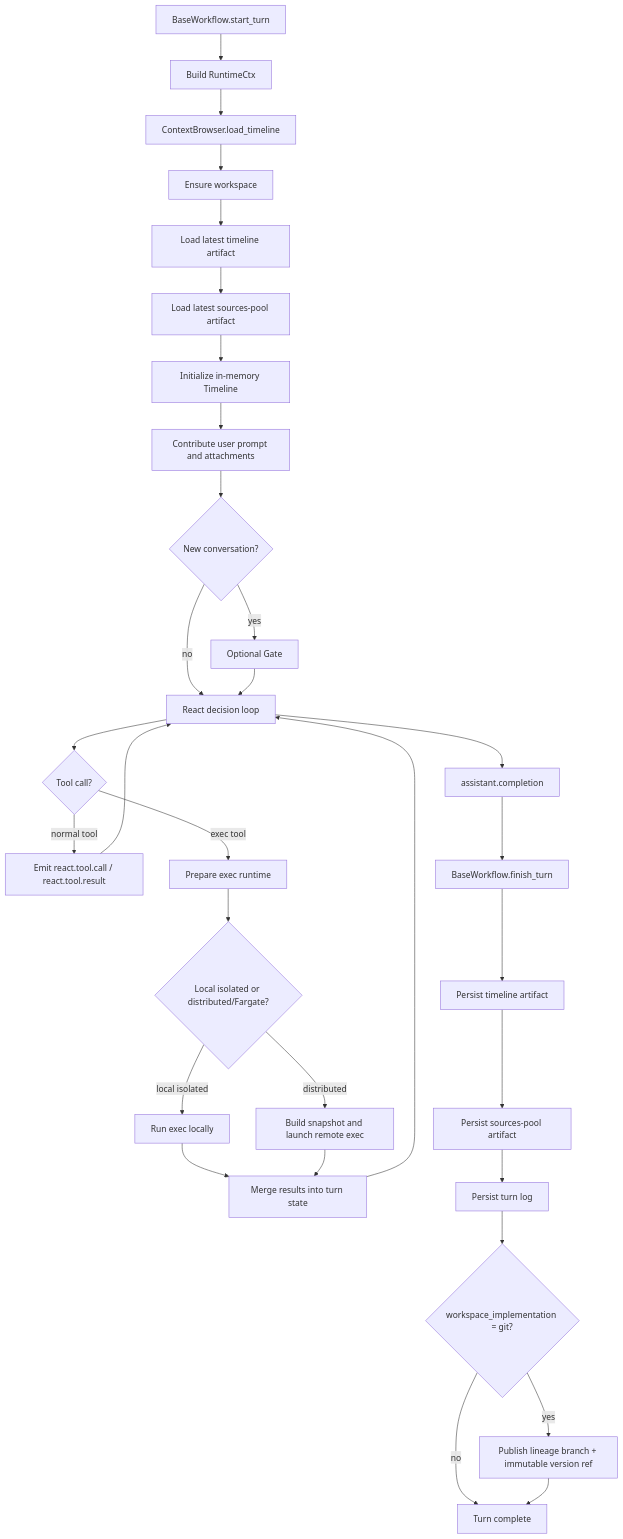
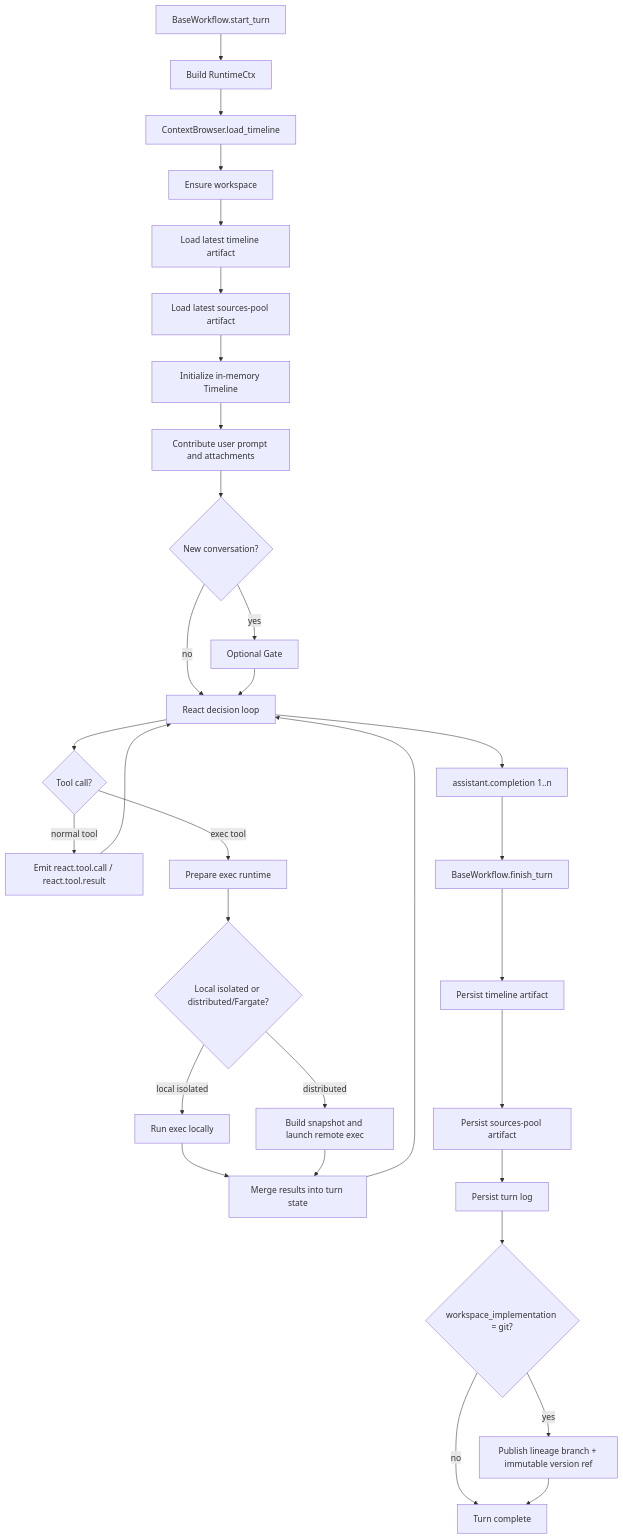
The first of 2 diagrams in app/ai-app/docs/sdk/agents/react/flow-README.md (kdcube/kdcube-ai-app), drawn with Mermaid before and after one commit. The commit also changed other lines of this file and 57 other files, not shown here.

Commit message:
Fix multi-response followup timeline handling

````diff
--- a/app/ai-app/docs/sdk/agents/react/flow-README.md
+++ b/app/ai-app/docs/sdk/agents/react/flow-README.md
@@ -51,33 +51,33 @@
 ```mermaid
 flowchart TD
     A[BaseWorkflow.start_turn] --> B[Build RuntimeCtx]
     B --> C[ContextBrowser.load_timeline]
     C --> D[Ensure workspace]
     D --> E[Load latest timeline artifact]
     E --> F[Load latest sources-pool artifact]
     F --> G[Initialize in-memory Timeline]
     G --> H[Contribute user prompt and attachments]
     H --> I{New conversation?}
     I -->|yes| J[Optional Gate]
     I -->|no| K[React decision loop]
     J --> K
     K --> L{Tool call?}
     L -->|normal tool| M[Emit react.tool.call / react.tool.result]
     L -->|exec tool| N[Prepare exec runtime]
     M --> K
     N --> O{Local isolated or distributed/Fargate?}
     O -->|local isolated| P[Run exec locally]
     O -->|distributed| Q[Build snapshot and launch remote exec]
     P --> R[Merge results into turn state]
     Q --> R
     R --> K
-    K --> S[assistant.completion]
+    K --> S[assistant.completion 1..n]
     S --> T[BaseWorkflow.finish_turn]
     T --> U[Persist timeline artifact]
     U --> V[Persist sources-pool artifact]
     V --> W[Persist turn log]
     W --> X{workspace_implementation = git?}
     X -->|yes| Y[Publish lineage branch + immutable version ref]
     X -->|no| Z[Turn complete]
     Y --> Z
 ```
````
